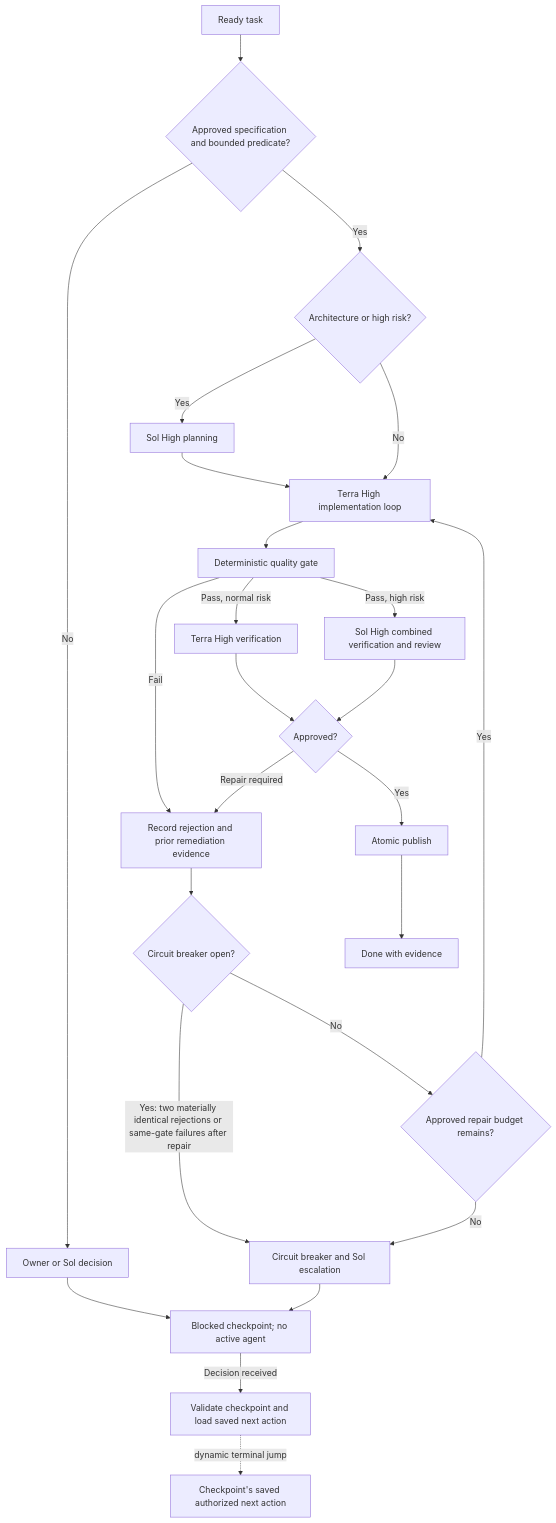
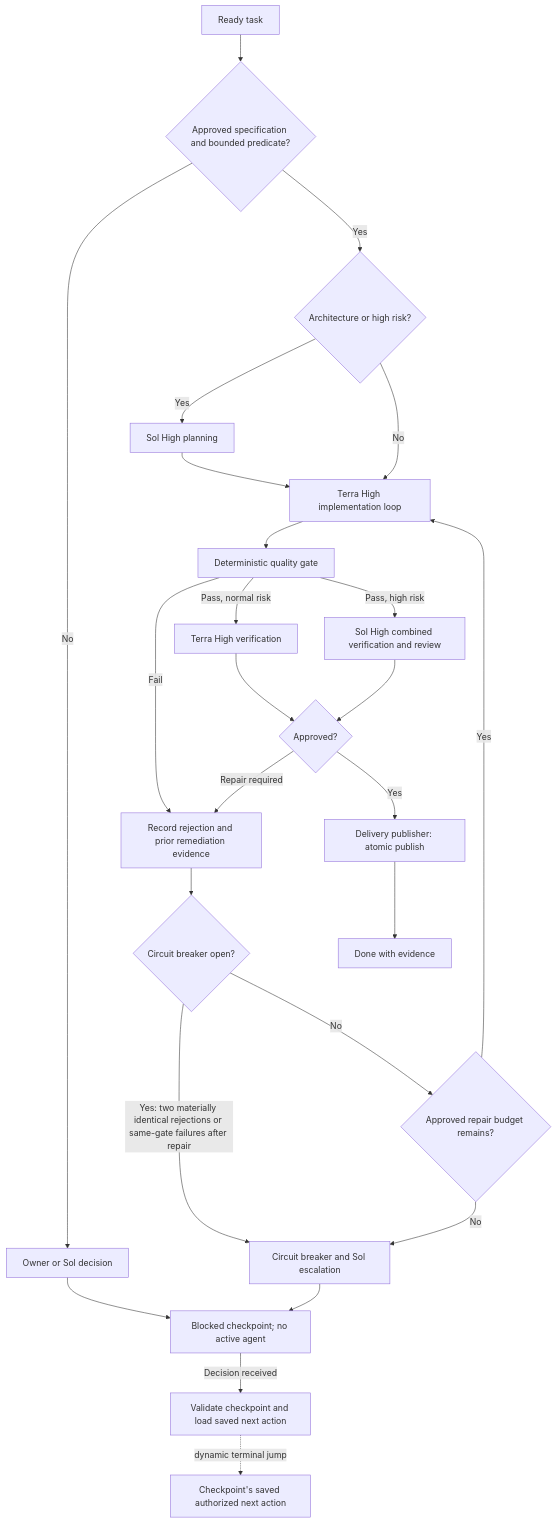
Before and after one commit to krunaldodiya/SwingTradingAIAssistant: the second of 2 diagrams in docs/development-workflow.md, drawn with Mermaid. The commit also changed other lines of this file and 15 other files, not shown here.

````diff
--- a/docs/development-workflow.md
+++ b/docs/development-workflow.md
@@ -278,27 +311,27 @@
 ```mermaid
 flowchart TD
     ready["Ready task"] --> bounded{"Approved specification and bounded predicate?"}
     bounded -- "No" --> owner["Owner or Sol decision"]
     owner --> paused["Blocked checkpoint; no active agent"]
     paused -- "Decision received" --> resume["Validate checkpoint and load saved next action"]
     resume -. "dynamic terminal jump" .-> saved_action["Checkpoint's saved authorized next action"]
     bounded -- "Yes" --> risk{"Architecture or high risk?"}
     risk -- "Yes" --> plan["Sol High planning"]
     risk -- "No" --> implement["Terra High implementation loop"]
     plan --> implement
     implement --> gate["Deterministic quality gate"]
     gate -- "Fail" --> remediation["Record rejection and prior remediation evidence"]
     remediation --> breaker_check{"Circuit breaker open?"}
     breaker_check -- "Yes: two materially identical rejections or same-gate failures after repair" --> breaker["Circuit breaker and Sol escalation"]
     breaker_check -- "No" --> budget{"Approved repair budget remains?"}
     budget -- "Yes" --> implement
     budget -- "No" --> breaker
     breaker --> paused
     gate -- "Pass, normal risk" --> verify["Terra High verification"]
     gate -- "Pass, high risk" --> review["Sol High combined verification and review"]
     verify --> verdict{"Approved?"}
     review --> verdict
     verdict -- "Repair required" --> remediation
-    verdict -- "Yes" --> publish["Atomic publish"]
+    verdict -- "Yes" --> publish["Delivery publisher: atomic publish"]
     publish --> done["Done with evidence"]
 ```
````
